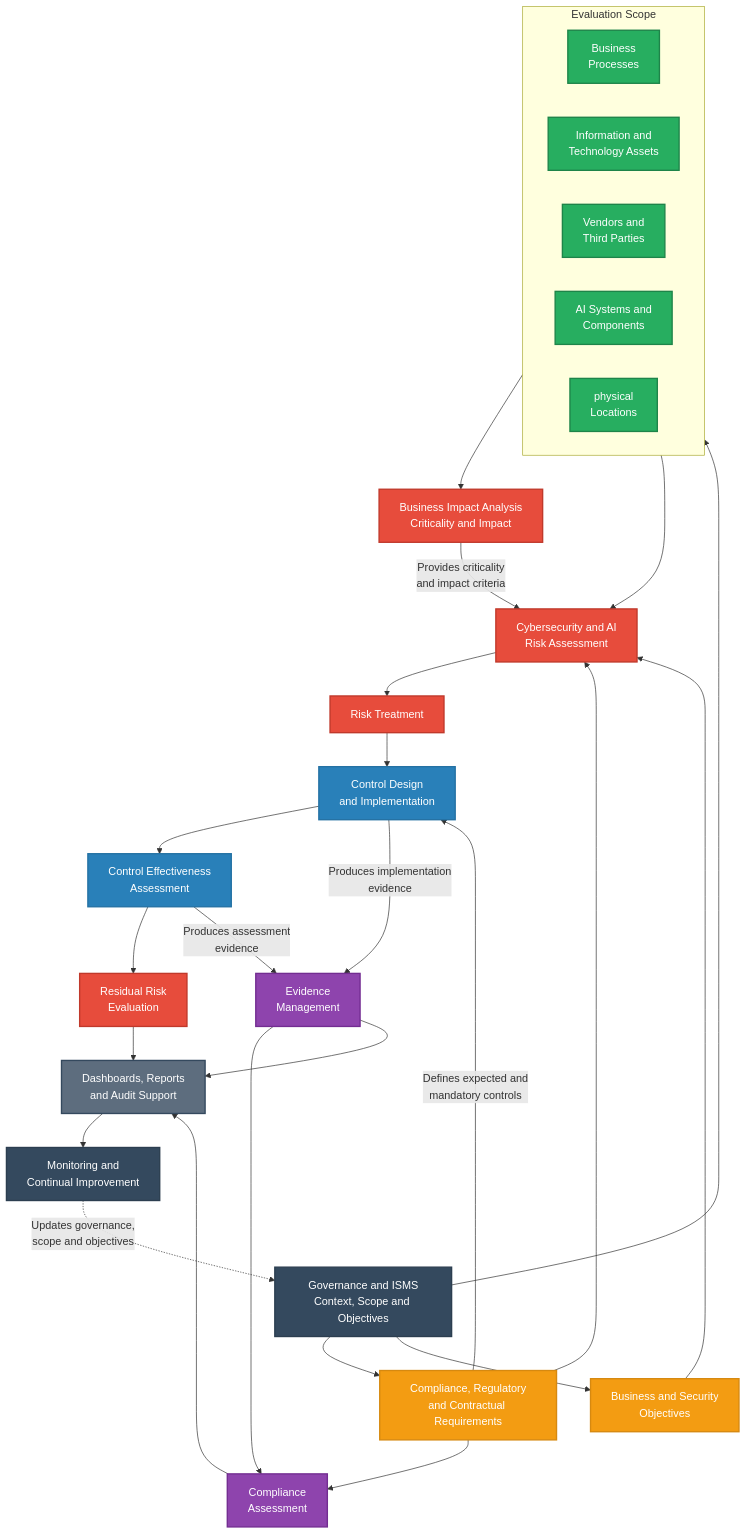
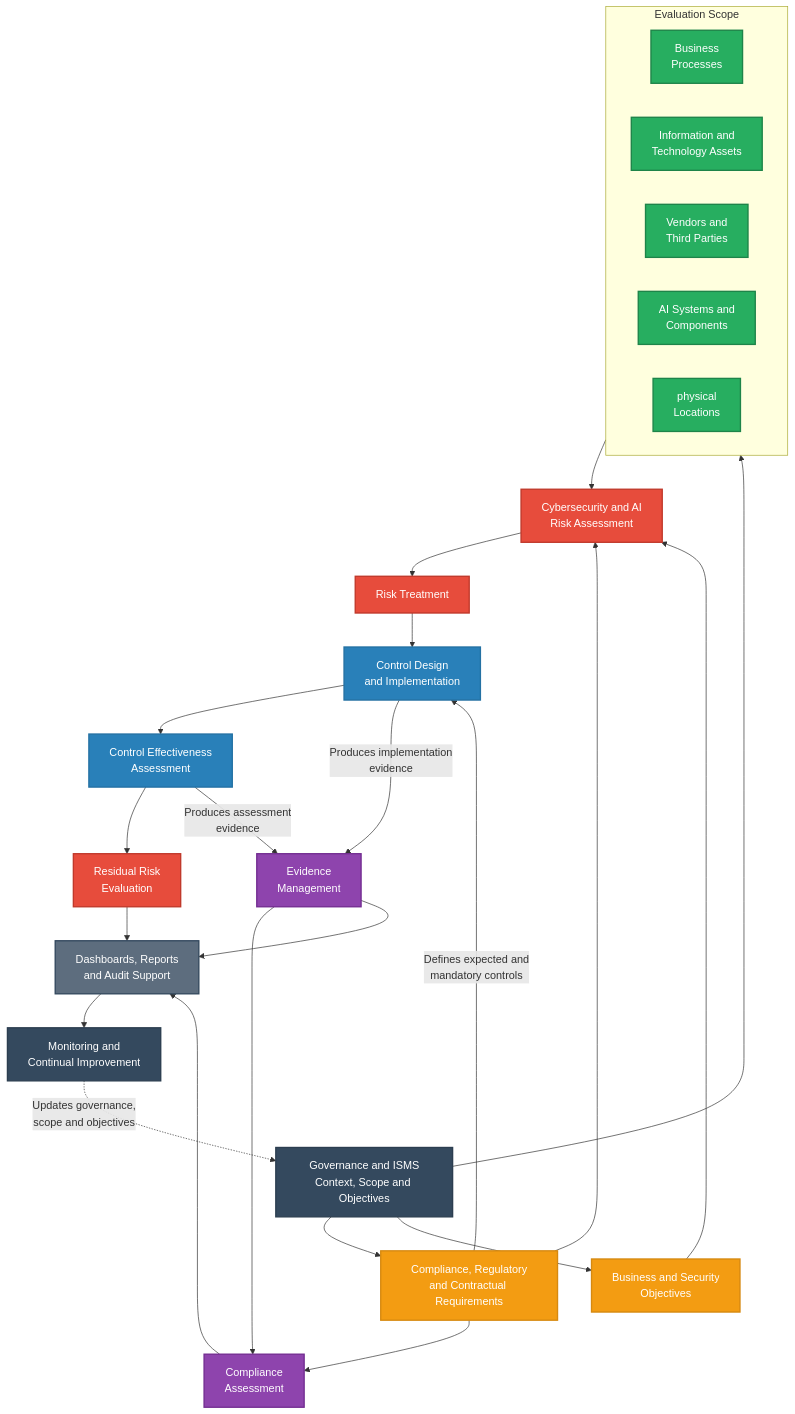
Before and after one commit to rodolfo-lopez-GRC/grc4ciso: the first of 5 diagrams in grc4ciso_readme.md, drawn with Mermaid. The commit also changed other lines of this file, not shown here.

First line of the commit message:
Revise risk assessment and vendor catalog sections

````diff
--- a/grc4ciso_readme.md
+++ b/grc4ciso_readme.md
@@ -23,76 +23,73 @@
 ```mermaid
 flowchart TD
     %% Style Definitions
     classDef governance fill:#34495e,color:#ffffff,stroke:#2c3e50,stroke-width:2px
     classDef requirement fill:#f39c12,color:#ffffff,stroke:#d68910,stroke-width:2px
     classDef scope fill:#27ae60,color:#ffffff,stroke:#1e8449,stroke-width:2px
     classDef risk fill:#e74c3c,color:#ffffff,stroke:#c0392b,stroke-width:2px
     classDef control fill:#2980b9,color:#ffffff,stroke:#2471a3,stroke-width:2px
     classDef assurance fill:#8e44ad,color:#ffffff,stroke:#732d91,stroke-width:2px
     classDef reporting fill:#5d6d7e,color:#ffffff,stroke:#34495e,stroke-width:2px
 
     %% Governance
     ISMS["Governance and ISMS<br/>Context, Scope and Objectives"]:::governance
 
     %% Requirements and Drivers
     REQ["Compliance, Regulatory<br/>and Contractual Requirements"]:::requirement
     OBJ["Business and Security<br/>Objectives"]:::requirement
 
     %% Evaluation Scope
     subgraph SCOPE["Evaluation Scope"]
         direction LR
         PROC["Business<br/>Processes"]:::scope
         ASSET["Information and<br/>Technology Assets"]:::scope
         THIRD["Vendors and<br/>Third Parties"]:::scope
         AI["AI Systems and<br/>Components"]:::scope
         PL["physical <br/>Locations"]:::scope
     end
 
     %% Assessment
-    BIA["Business Impact Analysis<br/>Criticality and Impact"]:::risk
     RISK["Cybersecurity and AI<br/>Risk Assessment"]:::risk
 
     %% Treatment and Controls
     TREAT["Risk Treatment"]:::risk
     CTRL["Control Design<br/>and Implementation"]:::control
     TEST["Control Effectiveness<br/>Assessment"]:::control
     RESIDUAL["Residual Risk<br/>Evaluation"]:::risk
 
     %% Assurance
     EVIDENCE["Evidence<br/>Management"]:::assurance
     COMPLIANCE["Compliance<br/>Assessment"]:::assurance
     REPORTING["Dashboards, Reports<br/>and Audit Support"]:::reporting
     IMPROVE["Monitoring and<br/>Continual Improvement"]:::governance
 
     %% Governance Relationships
     ISMS --> REQ
     ISMS --> OBJ
     ISMS --> SCOPE
 
     %% Scope and Assessment
     OBJ --> RISK
     REQ --> RISK
-    SCOPE --> BIA
     SCOPE --> RISK
-    BIA -->|"Provides criticality<br/>and impact criteria"| RISK
 
     %% Risk and Control Lifecycle
     RISK --> TREAT
     TREAT --> CTRL
     REQ -->|"Defines expected and<br/>mandatory controls"| CTRL
     CTRL --> TEST
     TEST --> RESIDUAL
 
     %% Evidence and Compliance
     CTRL -->|"Produces implementation<br/>evidence"| EVIDENCE
     TEST -->|"Produces assessment<br/>evidence"| EVIDENCE
     EVIDENCE --> COMPLIANCE
     REQ --> COMPLIANCE
 
     %% Reporting and Improvement
     RESIDUAL --> REPORTING
     COMPLIANCE --> REPORTING
     EVIDENCE --> REPORTING
     REPORTING --> IMPROVE
     IMPROVE -.->|"Updates governance,<br/>scope and objectives"| ISMS
 ```
````
